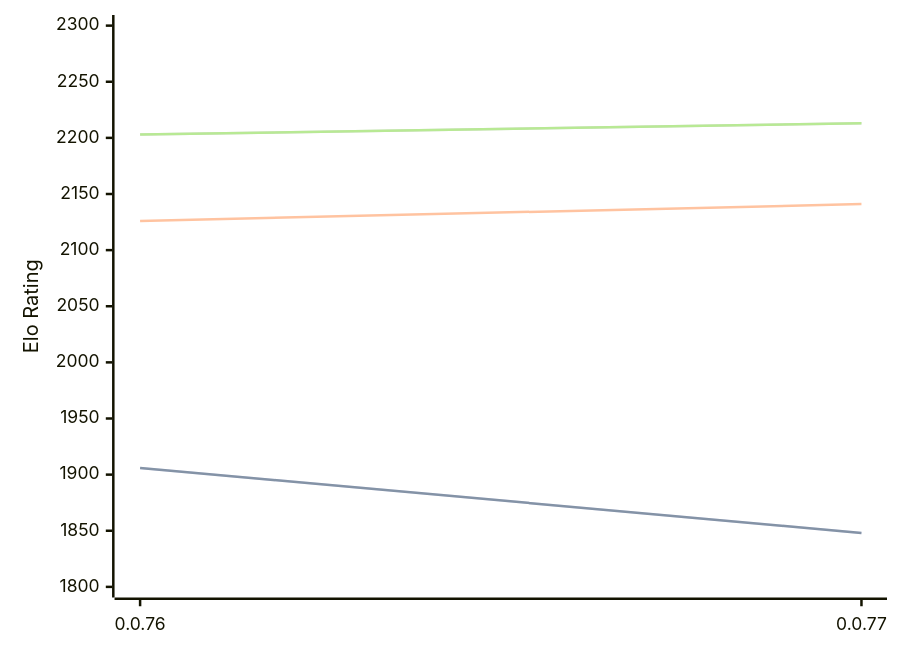
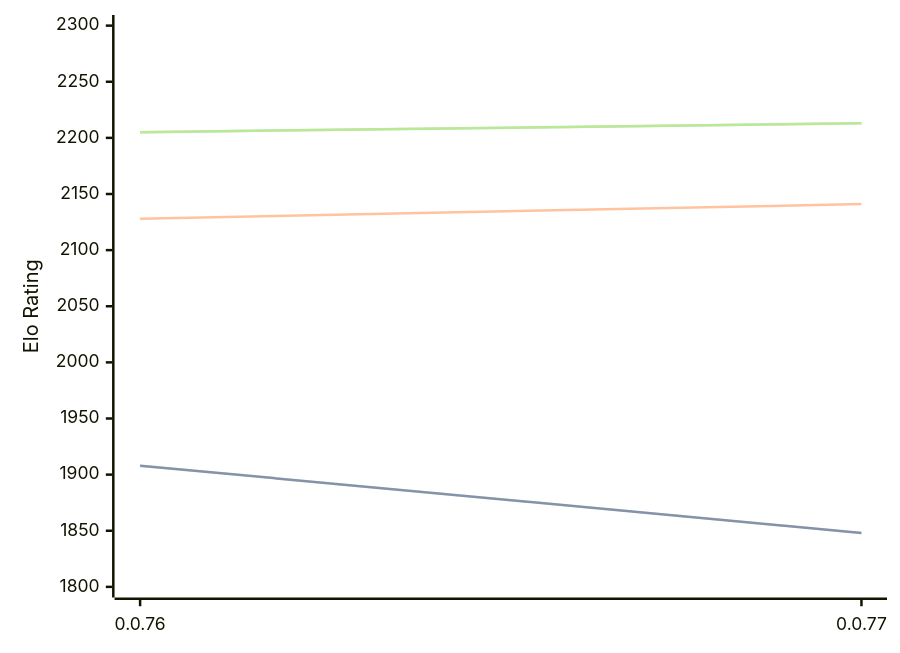
One commit to computer-chess-index/cci changed the first of 3 diagrams in engines/Fktb.md. Above: the diagram before and after it, drawn with Mermaid. The commit also changed other lines of this file, not shown here.

Commit message:
Update CCI Ratings (ELO VLTC) - 2026-06-24

````diff
--- a/engines/Fktb.md
+++ b/engines/Fktb.md
@@ -32,11 +32,11 @@
 ```mermaid
 %%{init: {"theme":"base","themeVariables":{"seriesColors:['#a3a3a3','#222221','#faa371']}}}%%
 xychart-beta
   x-axis ["0.0.76", "0.0.77"]
   y-axis "Elo Rating" 1800 --> 2300
-  line "STC (8.0+0.08s)" [1906, 1848]
-  line "STC (8.0+0.08s)" [1906, 1848]
-  line "LTC (60.0+0.60s)" [2126, 2141]
-  line "VLTC (2m24s+1.12s)" [2203, 2213]
-  line "VLTC (2m24s+1.12s)" [2203, 2213]
+  line "STC (8.0+0.08s)" [1908, 1848]
+  line "STC (8.0+0.08s)" [1908, 1848]
+  line "LTC (60.0+0.60s)" [2128, 2141]
+  line "VLTC (2m24s+1.12s)" [2205, 2213]
+  line "VLTC (2m24s+1.12s)" [2205, 2213]
 ```
````
